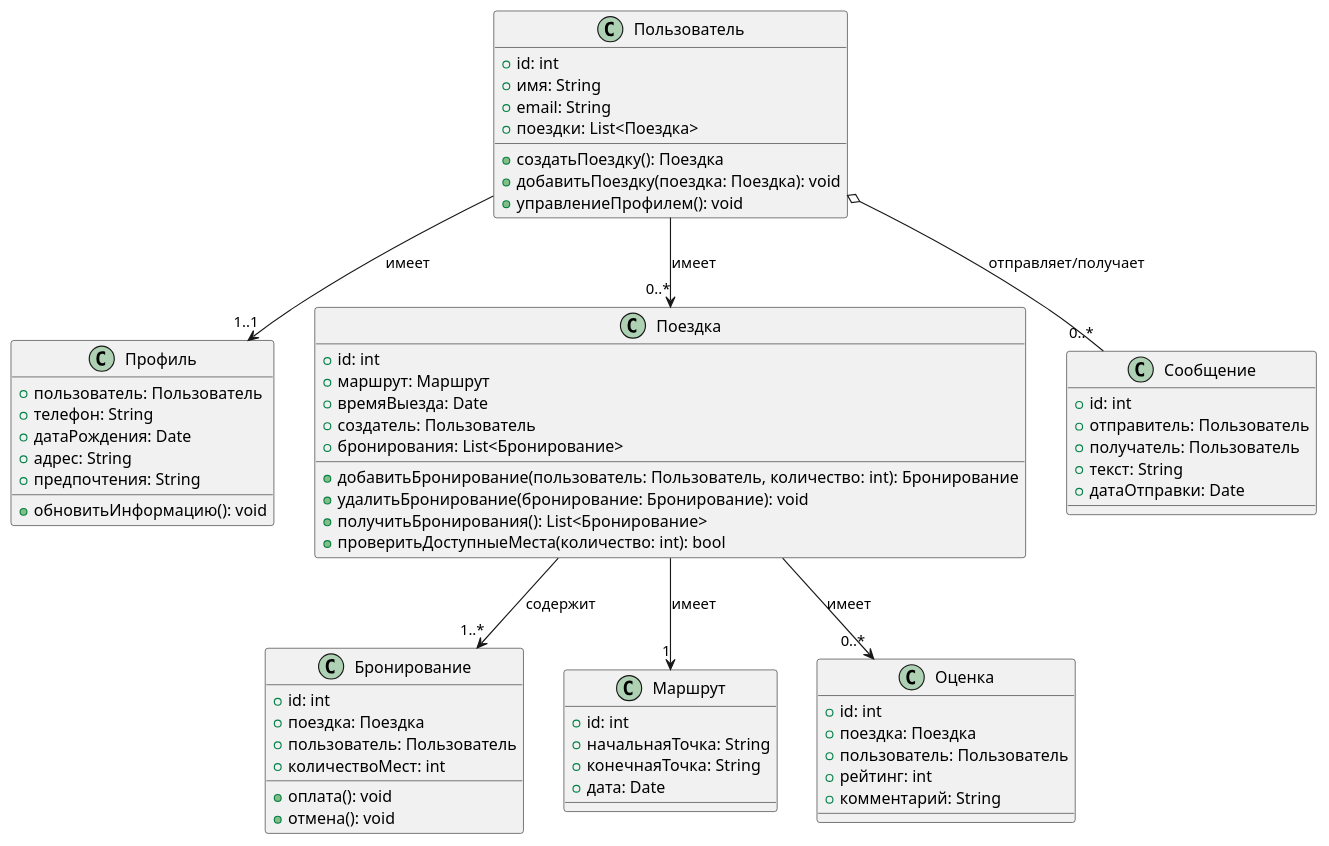
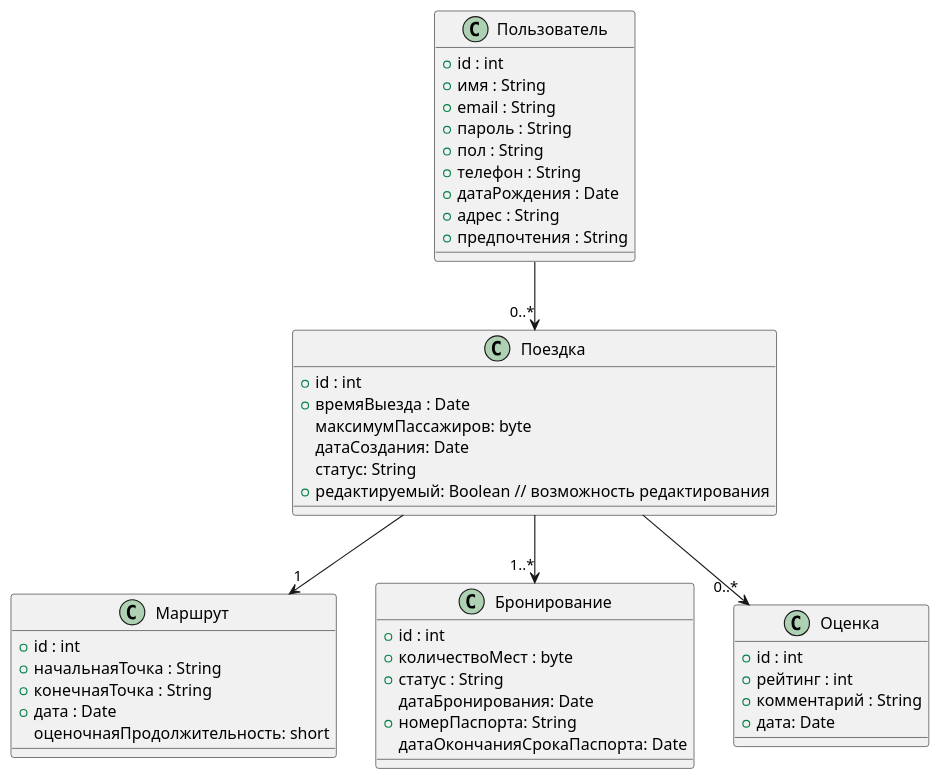
One commit to BUka228/CarPooling changed the diagram in UML/Class.puml. Above: the diagram before and after it, drawn with PlantUML. The commit also changed 2 other files, not shown here.

```diff
--- a/UML/Class.puml
+++ b/UML/Class.puml
@@ -1,76 +1,54 @@
 @startuml
-
 class Пользователь {
-    +id: int
-    +имя: String
-    +email: String
-    +поездки: List<Поездка>
-    +создатьПоездку(): Поездка
-    +добавитьПоездку(поездка: Поездка): void
-    +управлениеПрофилем(): void
-}
-
-class Профиль {
-    +пользователь: Пользователь
-    +телефон: String
-    +датаРождения: Date
-    +адрес: String
-    +предпочтения: String
-    +обновитьИнформацию(): void
+    +id : int
+    +имя : String
+    +email : String
+    +пароль : String
+    +пол : String
+    +телефон : String
+    +датаРождения : Date
+    +адрес : String
+    +предпочтения : String
 }
 
 class Поездка {
-    +id: int
-    +маршрут: Маршрут
-    +времяВыезда: Date
-    +создатель: Пользователь
-    +бронирования: List<Бронирование>
-    +добавитьБронирование(пользователь: Пользователь, количество: int): Бронирование
-    +удалитьБронирование(бронирование: Бронирование): void
-    +получитьБронирования(): List<Бронирование>
-    +проверитьДоступныеМеста(количество: int): bool
+    +id : int
+    +времяВыезда : Date
+    максимумПассажиров: byte
+    датаСоздания: Date
+    статус: String
+    +редактируемый: Boolean // возможность редактирования
+}
+
+class Маршрут {
+    +id : int
+    +начальнаяТочка : String
+    +конечнаяТочка : String
+    +дата : Date
+    оценочнаяПродолжительность: short
 }
 
 class Бронирование {
-    +id: int
-    +поездка: Поездка
-    +пользователь: Пользователь
-    +количествоМест: int
-    +оплата(): void
-    +отмена(): void
+    +id : int
+    +количествоМест : byte
+    +статус : String
+    датаБронирования: Date
+    +номерПаспорта: String
+    датаОкончанияСрокаПаспорта: Date
 }
 
-class Маршрут {
-    +id: int
-    +начальнаяТочка: String
-    +конечнаяТочка: String
+
+
+class Оценка {
+    +id : int
+    +рейтинг : int
+    +комментарий : String
     +дата: Date
 }
 
-class Сообщение {
-    +id: int
-    +отправитель: Пользователь
-    +получатель: Пользователь
-    +текст: String
-    +датаОтправки: Date
-}
-
-class Оценка {
-    +id: int
-    +поездка: Поездка
-    +пользователь: Пользователь
-    +рейтинг: int
-    +комментарий: String
-}
-
-Пользователь --> "0..*" Поездка : имеет
-Пользователь --> "1..1" Профиль : имеет
-Поездка --> "1..*" Бронирование : содержит
-
-Поездка --> "1" Маршрут : имеет
-
-Пользователь o-- "0..*" Сообщение : отправляет/получает
-Поездка --> "0..*" Оценка : имеет
-
+Пользователь --> "0..*" Поездка
+Поездка --> "1..*" Бронирование
+Поездка --> "1" Маршрут
+Поездка --> "0..*" Оценка
 
 @enduml
```
